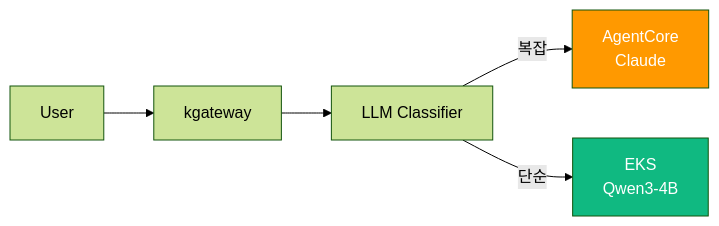
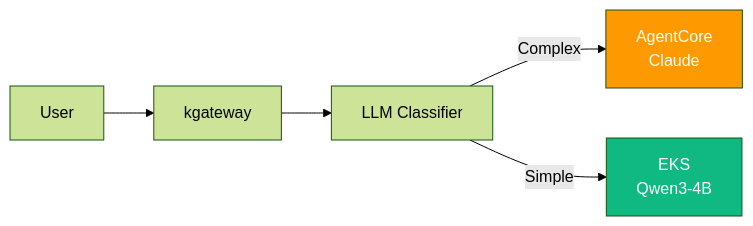
The tenth of 11 diagrams in i18n/en/docusaurus-plugin-content-docs/current/agentic-ai-platform/design-architecture/platform-selection/agentcore-hybrid-strategy.md (devfloor9/engineering-playbook), drawn with Mermaid (forest theme) before and after one commit. The commit also changed other lines of this file and 72 other files, not shown here.

````diff
--- a/i18n/en/docusaurus-plugin-content-docs/current/agentic-ai-platform/design-architecture/platform-selection/agentcore-hybrid-strategy.md
+++ b/i18n/en/docusaurus-plugin-content-docs/current/agentic-ai-platform/design-architecture/platform-selection/agentcore-hybrid-strategy.md
@@ -788,10 +794,10 @@
 ```mermaid
 flowchart LR
     User["User"] --> GW["kgateway"]
     GW --> Classifier["LLM Classifier"]
-    Classifier -->|"복잡"| AC["AgentCore<br/>Claude"]
-    Classifier -->|"단순"| EKS["EKS<br/>Qwen3-4B"]
+    Classifier -->|"Complex"| AC["AgentCore<br/>Claude"]
+    Classifier -->|"Simple"| EKS["EKS<br/>Qwen3-4B"]
     
     style AC fill:#ff9900,color:#fff
     style EKS fill:#10b981,color:#fff
 ```
````
